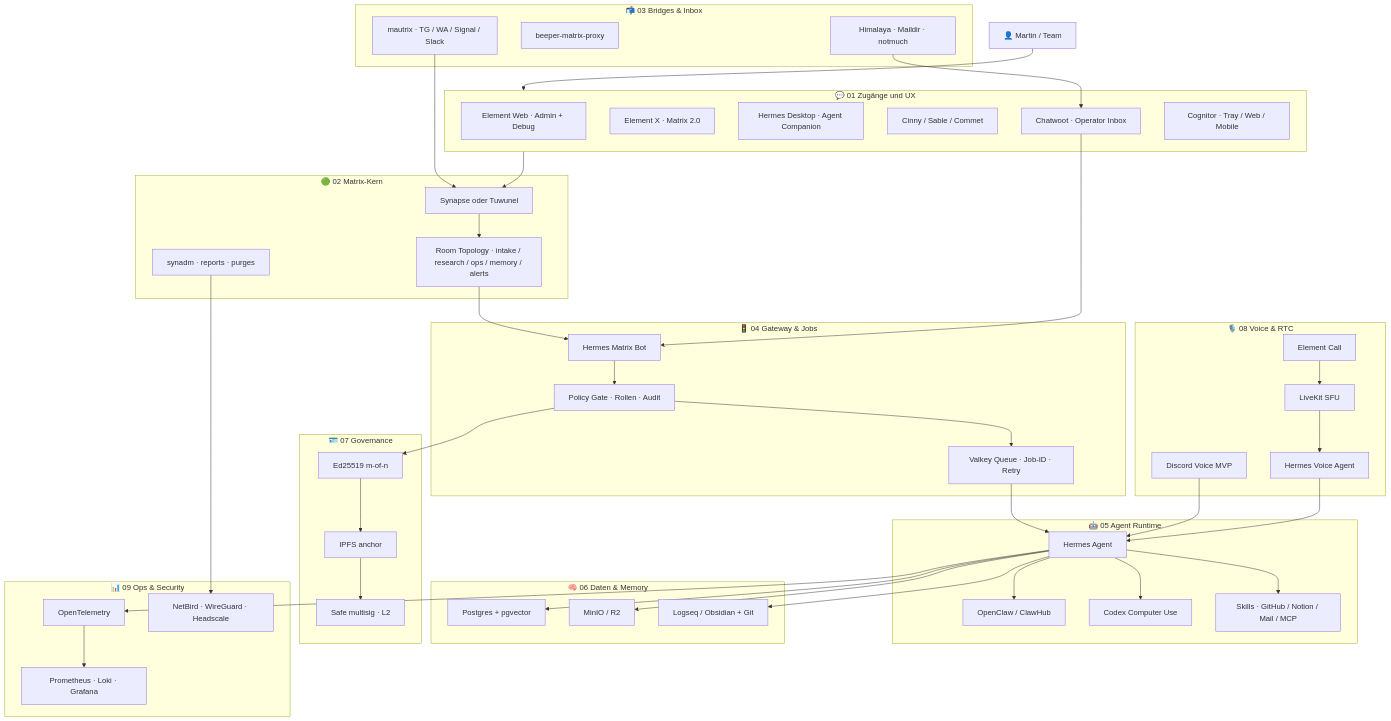
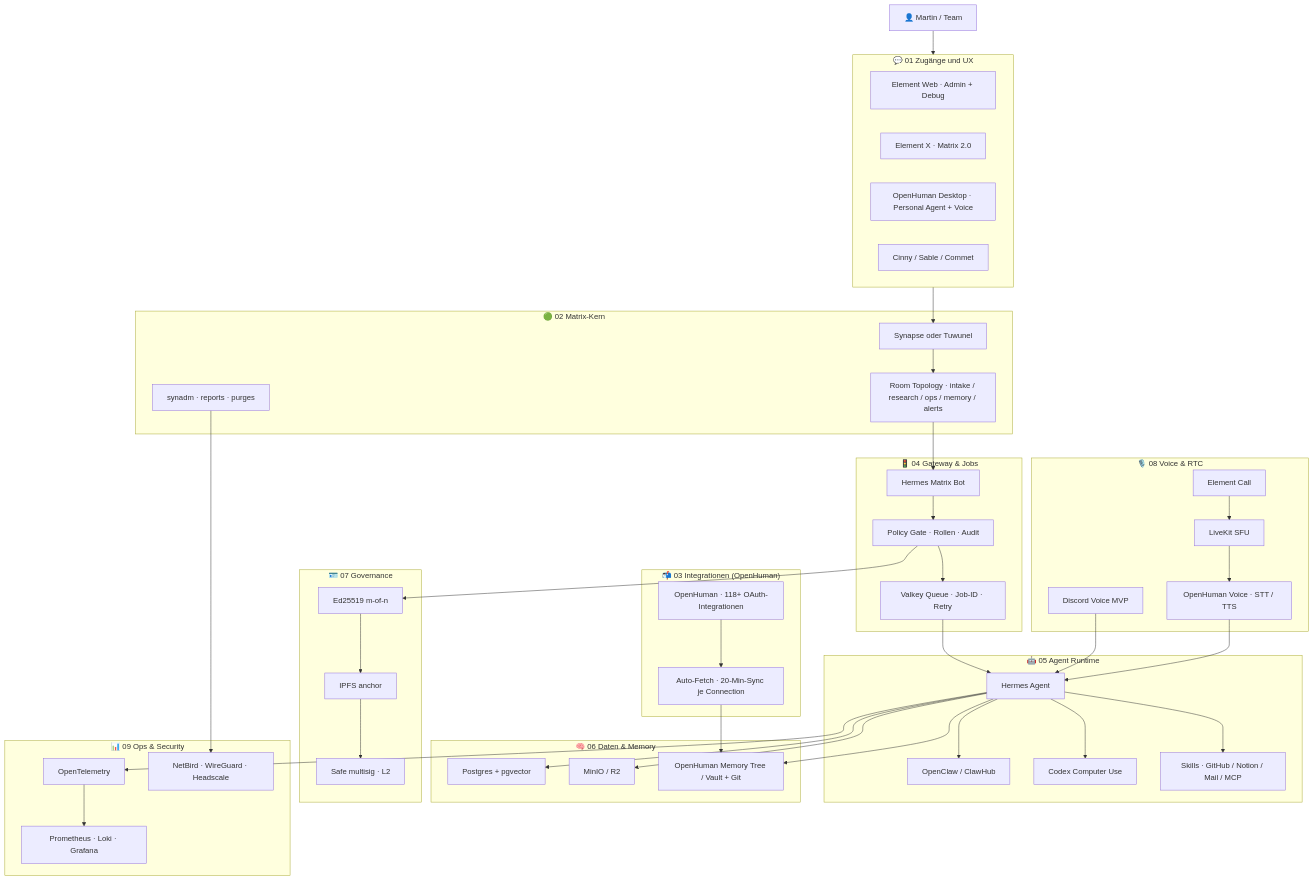
Before and after one commit to Martin-Hausleitner/credo: the diagram in README.md, drawn with Mermaid. The commit also changed other lines of this file and 1 other file, not shown here.

First line of the commit message:
docs: integrate OpenHuman as personal/edge layer

````diff
--- a/README.md
+++ b/README.md
@@ -61,75 +63,71 @@
 ```mermaid
 flowchart TB
   Human["👤 Martin / Team"] --> UX
 
   subgraph UX["💬 01 Zugänge und UX"]
     Element["Element Web · Admin + Debug"]
     ElementX["Element X · Matrix 2.0"]
-    HermesDesktop["Hermes Desktop · Agent Companion"]
+    OpenHuman["OpenHuman Desktop · Personal Agent + Voice"]
     Cinny["Cinny / Sable / Commet"]
-    Chatwoot["Chatwoot · Operator Inbox"]
-    Cognitor["Cognitor · Tray / Web / Mobile"]
   end
 
   subgraph Matrix["🟢 02 Matrix-Kern"]
     Homeserver["Synapse oder Tuwunel"]
     Rooms["Room Topology · intake / research / ops / memory / alerts"]
     Admin["synadm · reports · purges"]
   end
 
-  subgraph Bridge["📬 03 Bridges & Inbox"]
-    Mautrix["mautrix · TG / WA / Signal / Slack"]
-    Beeper["beeper-matrix-proxy"]
-    Mail["Himalaya · Maildir · notmuch"]
+  subgraph Bridge["📬 03 Integrationen (OpenHuman)"]
+    Integrations["OpenHuman · 118+ OAuth-Integrationen"]
+    AutoFetch["Auto-Fetch · 20-Min-Sync je Connection"]
   end
 
   subgraph Gateway["🚦 04 Gateway & Jobs"]
     Bot["Hermes Matrix Bot"]
     Policy["Policy Gate · Rollen · Audit"]
     Queue["Valkey Queue · Job-ID · Retry"]
   end
 
   subgraph Runtime["🤖 05 Agent Runtime"]
     Hermes["Hermes Agent"]
     OpenClaw["OpenClaw / ClawHub"]
     Codex["Codex Computer Use"]
     Skills["Skills · GitHub / Notion / Mail / MCP"]
   end
 
   subgraph Data["🧠 06 Daten & Memory"]
     Pg["Postgres + pgvector"]
     S3["MinIO / R2"]
-    Vault["Logseq / Obsidian + Git"]
+    Vault["OpenHuman Memory Tree / Vault + Git"]
   end
 
   subgraph DAO["🪪 07 Governance"]
     Sig["Ed25519 m-of-n"]
     Ipfs["IPFS anchor"]
     Safe["Safe multisig · L2"]
   end
 
   subgraph Voice["🎙️ 08 Voice & RTC"]
     Discord["Discord Voice MVP"]
     ElementCall["Element Call"]
     LiveKit["LiveKit SFU"]
-    VoiceAgent["Hermes Voice Agent"]
+    VoiceAgent["OpenHuman Voice · STT / TTS"]
   end
 
   subgraph Ops["📊 09 Ops & Security"]
     OTel["OpenTelemetry"]
     Grafana["Prometheus · Loki · Grafana"]
     Net["NetBird · WireGuard · Headscale"]
   end
 
   UX --> Homeserver --> Rooms --> Bot
-  Mautrix --> Homeserver
-  Mail --> Chatwoot --> Bot
+  Integrations --> AutoFetch --> Vault
   Bot --> Policy --> Queue --> Hermes
   Hermes --> OpenClaw & Codex & Skills
   Hermes --> Pg & S3 & Vault
   Policy --> Sig --> Ipfs --> Safe
   Hermes --> OTel --> Grafana
   Discord --> Hermes
   ElementCall --> LiveKit --> VoiceAgent --> Hermes
   Admin --> Net
 ```
````
